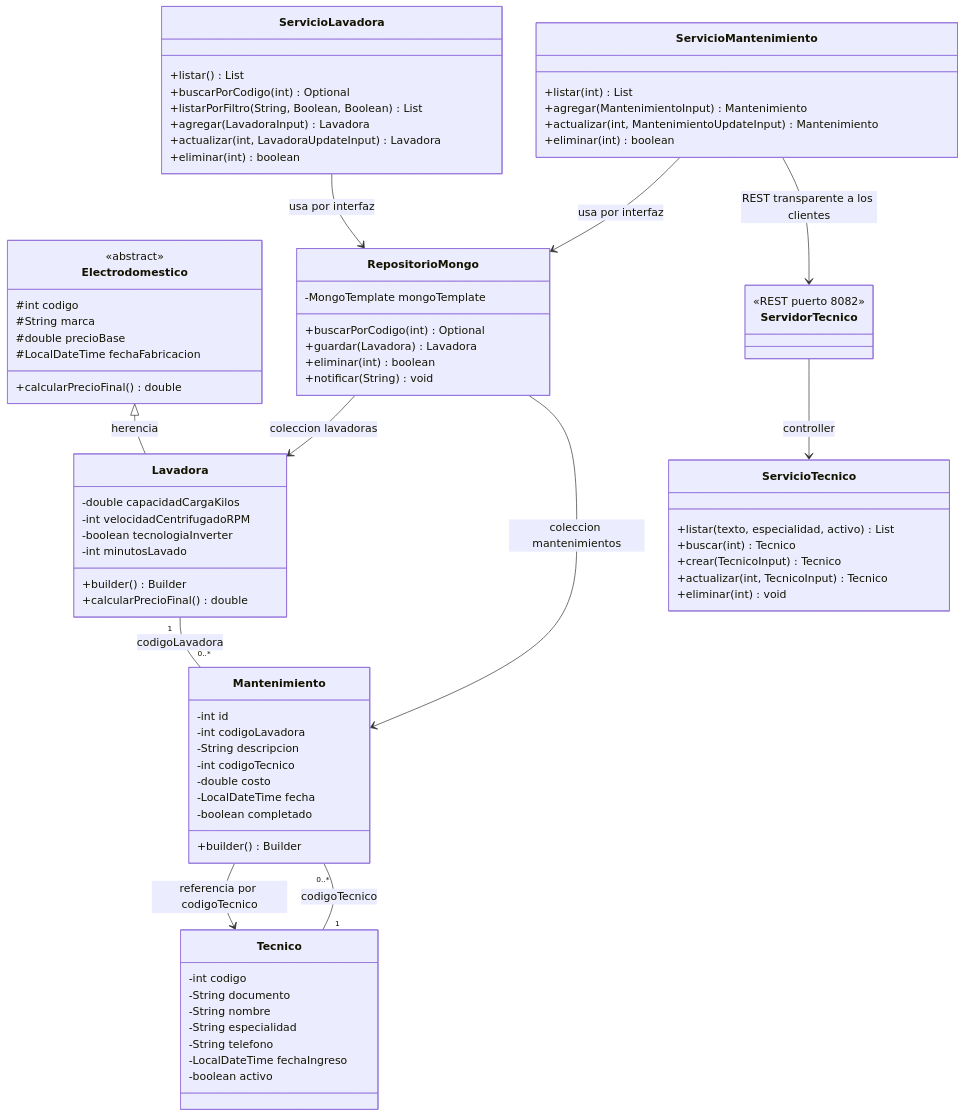
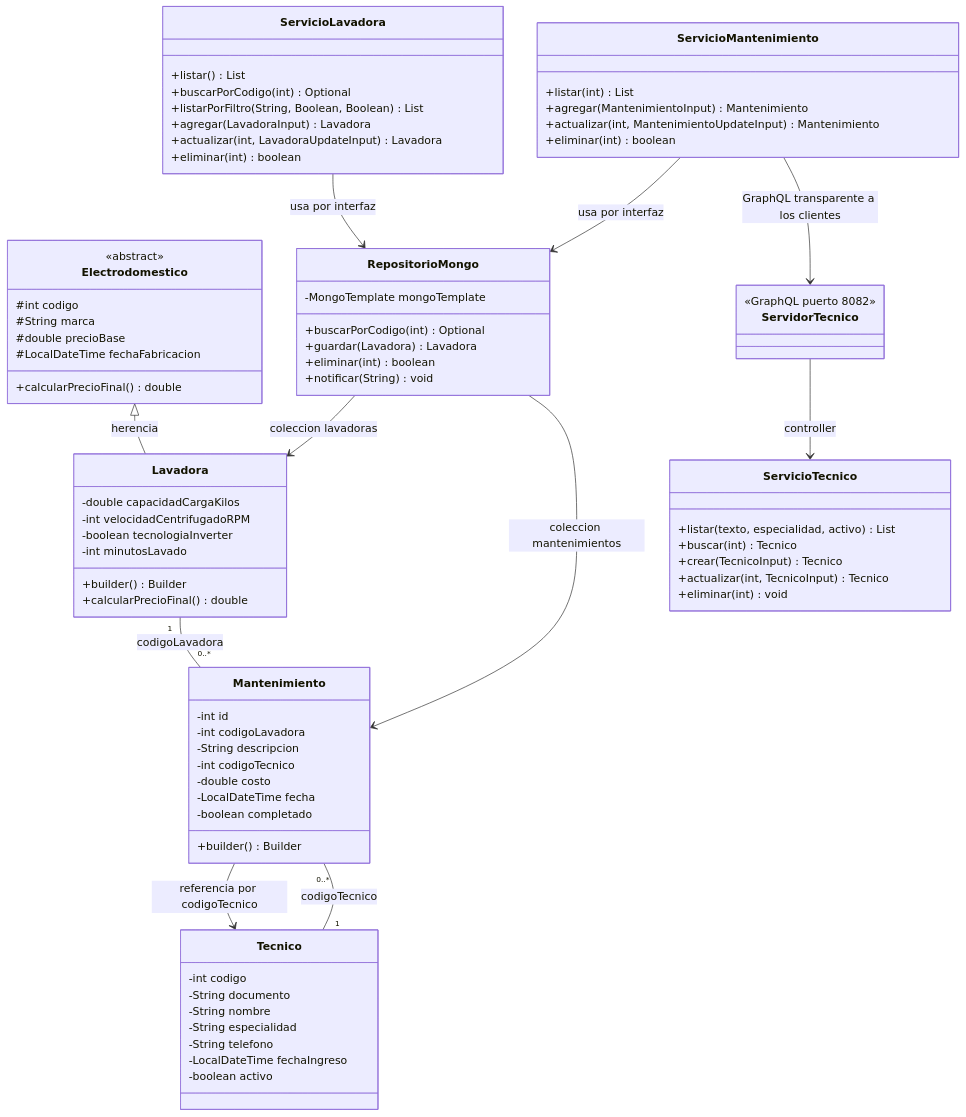
One commit to Arezsu/POCVoltia changed the diagram in README.md. Above: the diagram before and after it, drawn with Mermaid. The commit also changed other lines of this file and 16 other files, not shown here.

Commit message:
Polish technician GraphQL workflows

````diff
--- a/README.md
+++ b/README.md
@@ -226,7 +227,7 @@
     }
 
     class ServidorTecnico {
-        <<REST puerto 8082>>
+        <<GraphQL puerto 8082>>
     }
     class ServicioTecnico {
         +listar(texto, especialidad, activo) List
@@ -244,6 +245,6 @@
     ServicioLavadora --> RepositorioMongo : usa por interfaz
     ServicioMantenimiento --> RepositorioMongo : usa por interfaz
     Mantenimiento --> Tecnico : referencia por codigoTecnico
-    ServicioMantenimiento --> ServidorTecnico : REST transparente a los clientes
+    ServicioMantenimiento --> ServidorTecnico : GraphQL transparente a los clientes
     ServidorTecnico --> ServicioTecnico : controller
 ```
````
